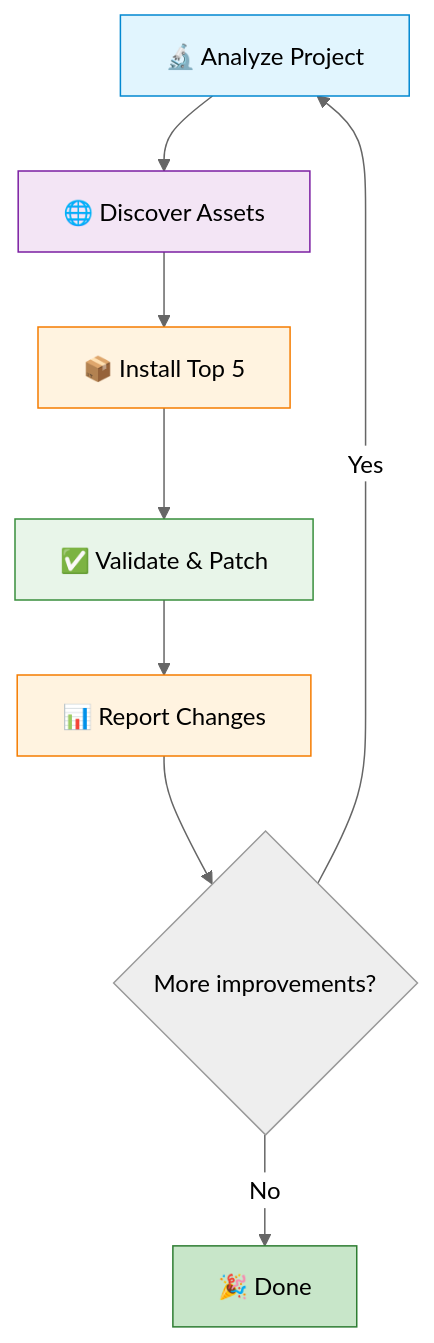
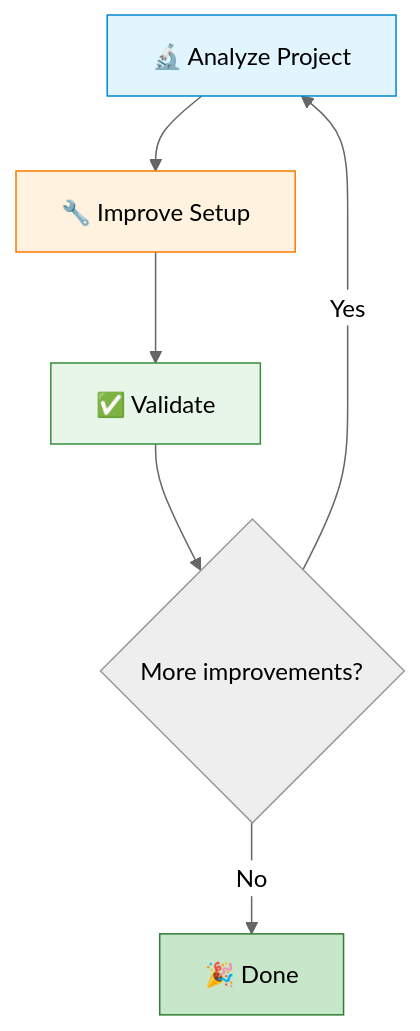
Before and after one commit to devartifex/copilot-forge: the first of 2 diagrams in README.md, drawn with Mermaid (neutral theme). The commit also changed other lines of this file and 25 other files, not shown here.

````diff
--- a/README.md
+++ b/README.md
@@ -379,17 +377,13 @@
 ```mermaid
 graph TD
-    A[🔬 Analyze Project] --> B[🌐 Discover Assets]
-    B --> C[📦 Install Top 5]
-    C --> D[✅ Validate & Patch]
-    D --> E[📊 Report Changes]
-    E --> F{More improvements?}
-    F -->|Yes| A
-    F -->|No| G[🎉 Done]
+    A[🔬 Analyze Project] --> B[🔧 Improve Setup]
+    B --> C[✅ Validate]
+    C --> D{More improvements?}
+    D -->|Yes| A
+    D -->|No| E[🎉 Done]
 
     style A fill:#e1f5fe,stroke:#0288d1
-    style B fill:#f3e5f5,stroke:#7b1fa2
-    style C fill:#fff3e0,stroke:#f57c00
-    style D fill:#e8f5e9,stroke:#388e3c
-    style E fill:#fff3e0,stroke:#f57c00
-    style G fill:#c8e6c9,stroke:#2e7d32
+    style B fill:#fff3e0,stroke:#f57c00
+    style C fill:#e8f5e9,stroke:#388e3c
+    style E fill:#c8e6c9,stroke:#2e7d32
 ```
````
